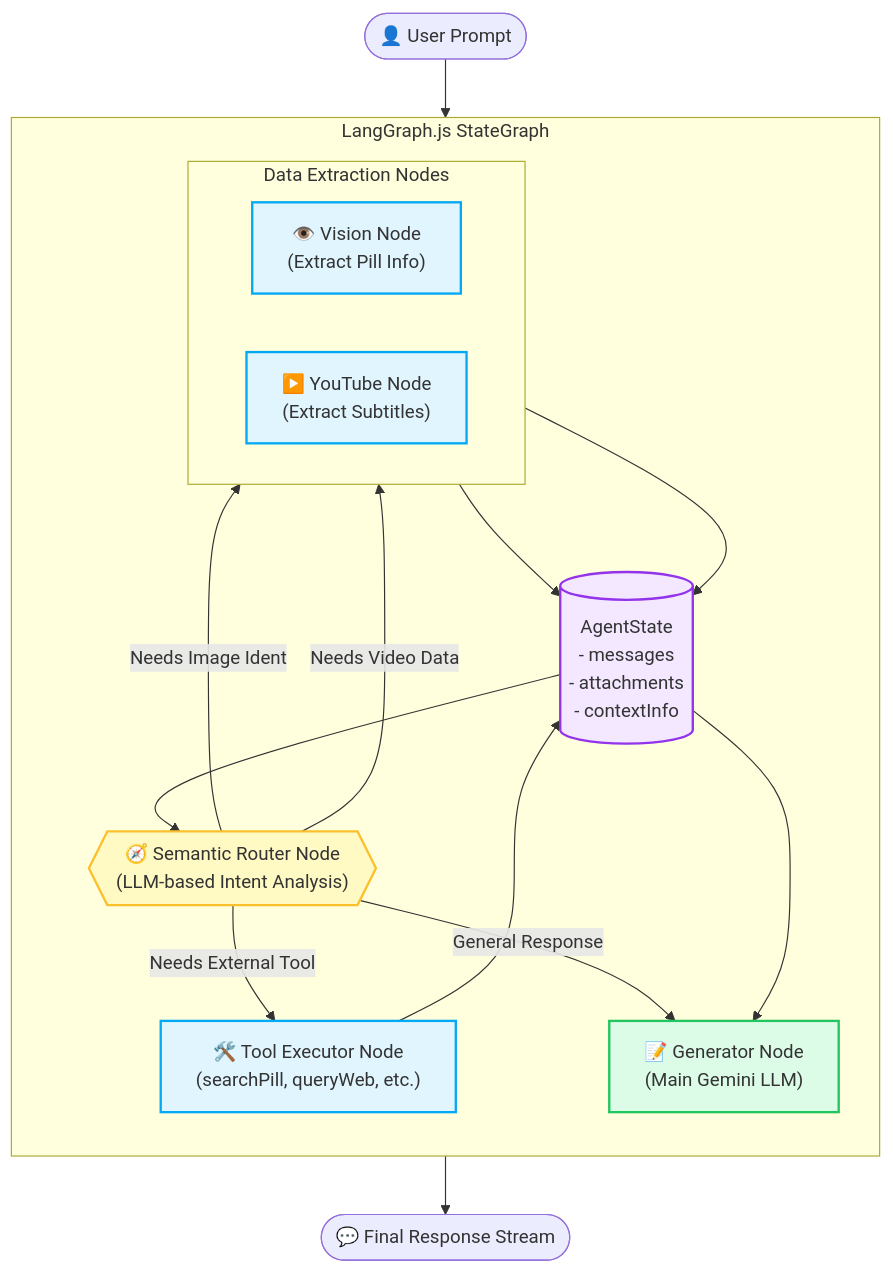
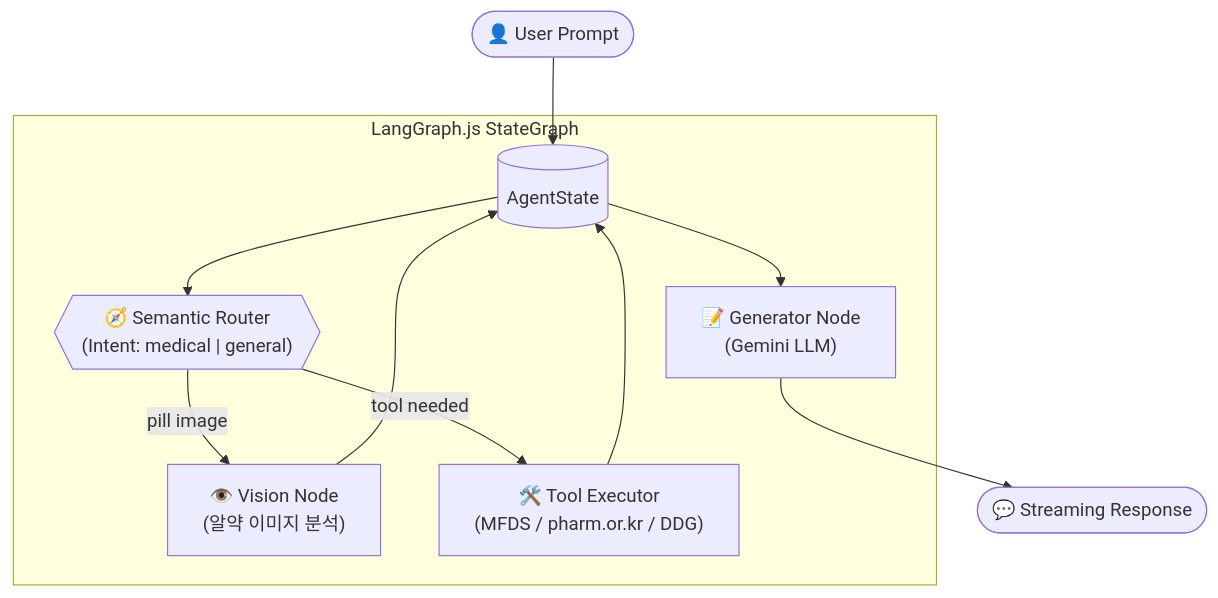
Before and after one commit to jpjp92/chat-agent: the second of 2 diagrams in README.md, drawn with Mermaid. The commit also changed other lines of this file and 2 other files, not shown here.

First line of the commit message:
feat: Enhance agent orchestration with 9-intent classification and improved routing logic

````diff
--- a/README.md
+++ b/README.md
@@ -303,50 +87,19 @@
 ```mermaid
 flowchart TB
-    %% Nodes Definition
     User([👤 User Prompt])
 
     subgraph StateGraph ["LangGraph.js StateGraph"]
-        direction TB
-        StateNode[("AgentState<br/>- messages<br/>- attachments<br/>- contextInfo")]
-
-        RouterNode{{"🧭 Semantic Router Node<br/>(LLM-based Intent Analysis)"}}
-
-        subgraph Preprocessors ["Data Extraction Nodes"]
-            direction LR
-            Vision["👁️ Vision Node<br/>(Extract Pill Info)"]
-            YouTube["▶️ YouTube Node<br/>(Extract Subtitles)"]
-        end
-
-        ToolExecutor["🛠️ Tool Executor Node<br/>(searchPill, queryWeb, etc.)"]
-
-        Generator["📝 Generator Node<br/>(Main Gemini LLM)"]
+        StateNode[("AgentState")]
+        RouterNode{{"🧭 Semantic Router\n(Intent: medical | general)"}}
+        Vision["👁️ Vision Node\n(알약 이미지 분석)"]
+        ToolExecutor["🛠️ Tool Executor\n(MFDS / pharm.or.kr / DDG)"]
+        Generator["📝 Generator Node\n(Gemini LLM)"]
     end
 
-    Output([💬 Final Response Stream])
+    Output([💬 Streaming Response])
 
-    %% Edge Logic
-    User --> StateNode
-    StateNode --> RouterNode
-    RouterNode -- "Needs Image Ident" --> Vision
-    RouterNode -- "Needs Video Data" --> YouTube
-    RouterNode -- "Needs External Tool" --> ToolExecutor
-    RouterNode -- "General Response" --> Generator
-
-    Vision --> StateNode
-    YouTube --> StateNode
-    ToolExecutor --> StateNode
-
-    StateNode --> Generator
-    Generator --> Output
-
-    %% Styling
-    classDef stateNode fill:#f3e8ff,stroke:#9333ea,stroke-width:2px;
-    classDef router fill:#fff9c4,stroke:#fbc02d,stroke-width:2px;
-    classDef tools fill:#e1f5fe,stroke:#03a9f4,stroke-width:2px;
-    classDef gen fill:#dcfce7,stroke:#22c55e,stroke-width:2px;
-
-    class StateNode stateNode;
-    class RouterNode router;
-    class Vision,YouTube,ToolExecutor tools;
-    class Generator gen;
+    User --> StateNode --> RouterNode
+    RouterNode -- "pill image" --> Vision --> StateNode
+    RouterNode -- "tool needed" --> ToolExecutor --> StateNode
+    StateNode --> Generator --> Output
 ```
````
